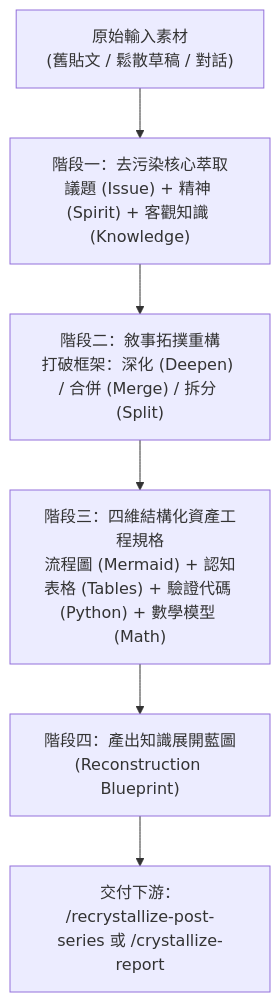
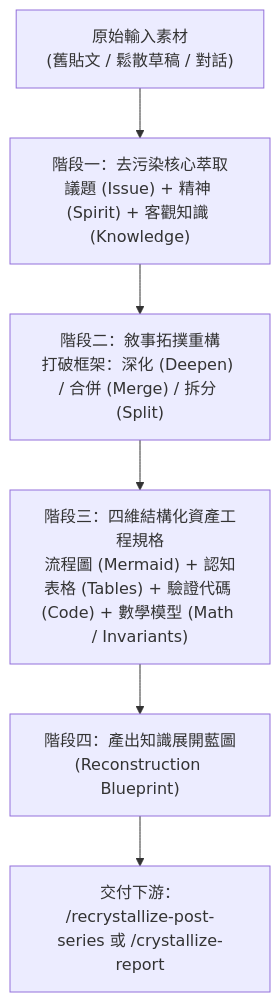
Before and after one commit to tacticaldoll/tacticaldoll.github.io: the diagram in .agent/workflows/expand-knowledge-arc.md, drawn with Mermaid. The commit also changed other lines of this file and 1 other file, not shown here.

Commit message:
fix(workflows): liberate slot count, code languages, table modes, and mathiness constraints in recrystallization

````diff
--- a/.agent/workflows/expand-knowledge-arc.md
+++ b/.agent/workflows/expand-knowledge-arc.md
@@ -64,8 +65,8 @@
 ```mermaid
 flowchart TD
     In["原始輸入素材<br/>(舊貼文 / 鬆散草稿 / 對話)"] --> S1["階段一：去污染核心萃取<br/>議題 (Issue) + 精神 (Spirit) + 客觀知識 (Knowledge)"]
     S1 --> S2["階段二：敘事拓撲重構<br/>打破框架：深化 (Deepen) / 合併 (Merge) / 拆分 (Split)"]
-    S2 --> S3["階段三：四維結構化資產工程規格<br/>流程圖 (Mermaid) + 認知表格 (Tables) + 驗證代碼 (Python) + 數學模型 (Math)"]
+    S2 --> S3["階段三：四維結構化資產工程規格<br/>流程圖 (Mermaid) + 認知表格 (Tables) + 驗證代碼 (Code) + 數學模型 (Math / Invariants)"]
     S3 --> S4["階段四：產出知識展開藍圖<br/>(Reconstruction Blueprint)"]
     S4 --> Out["交付下游：<br/>/recrystallize-post-series 或 /crystallize-report"]
 ```
````
